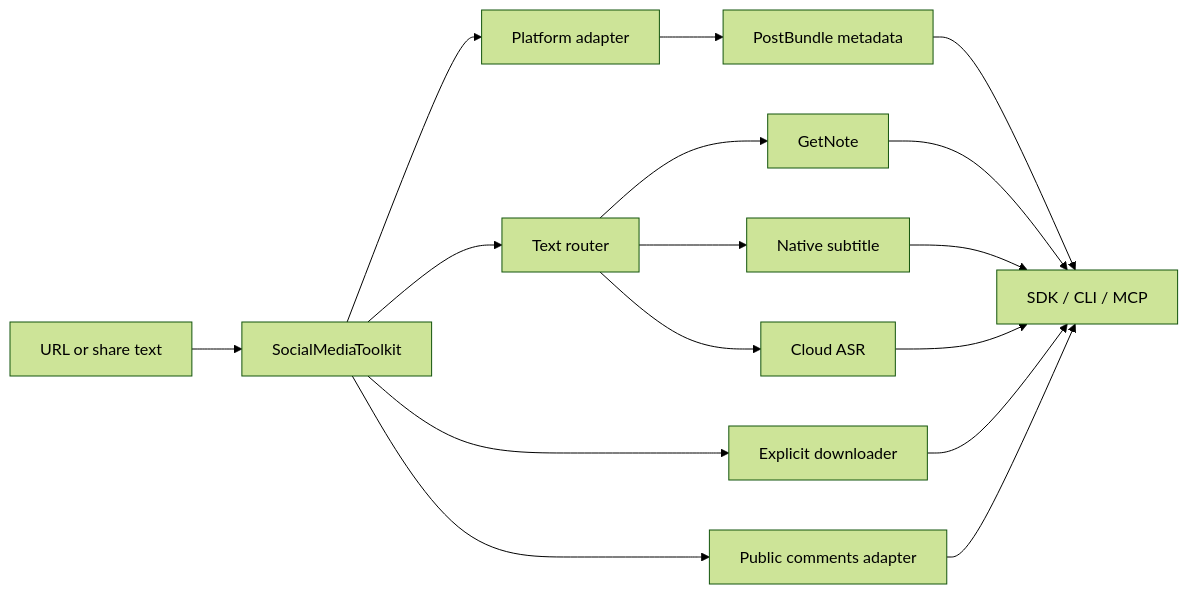
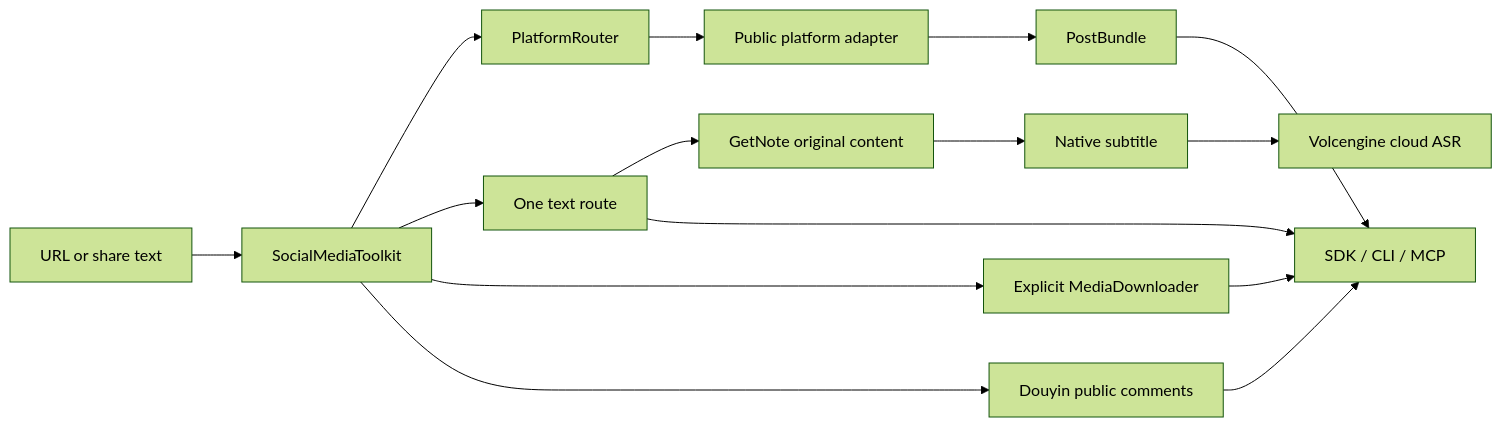
One commit to JNHFlow21/social-media-toolkit changed the diagram in docs/architecture.md. Above: the diagram before and after it, drawn with Mermaid (forest theme). The commit also changed other lines of this file and 27 other files, not shown here.

Commit message:
refactor: unify extraction on Volcengine ASR

````diff
--- a/docs/architecture.md
+++ b/docs/architecture.md
@@ -7,18 +8,17 @@
 ```mermaid
 flowchart LR
     U["URL or share text"] --> S["SocialMediaToolkit"]
-    S --> A["Platform adapter"]
-    A --> B["PostBundle metadata"]
-    S --> T["Text router"]
-    T --> G["GetNote"]
-    T --> N["Native subtitle"]
-    T --> C["Cloud ASR"]
-    S --> D["Explicit downloader"]
-    S --> R["Public comments adapter"]
+    S --> R["PlatformRouter"]
+    R --> P["Public platform adapter"]
+    P --> B["PostBundle"]
+    S --> T["One text route"]
+    T --> G["GetNote original content"]
+    G --> N["Native subtitle"]
+    N --> V["Volcengine cloud ASR"]
+    S --> D["Explicit MediaDownloader"]
+    S --> C["Douyin public comments"]
     B --> O["SDK / CLI / MCP"]
-    G --> O
-    N --> O
+    T --> O
+    D --> O
     C --> O
-    D --> O
-    R --> O
 ```
````
